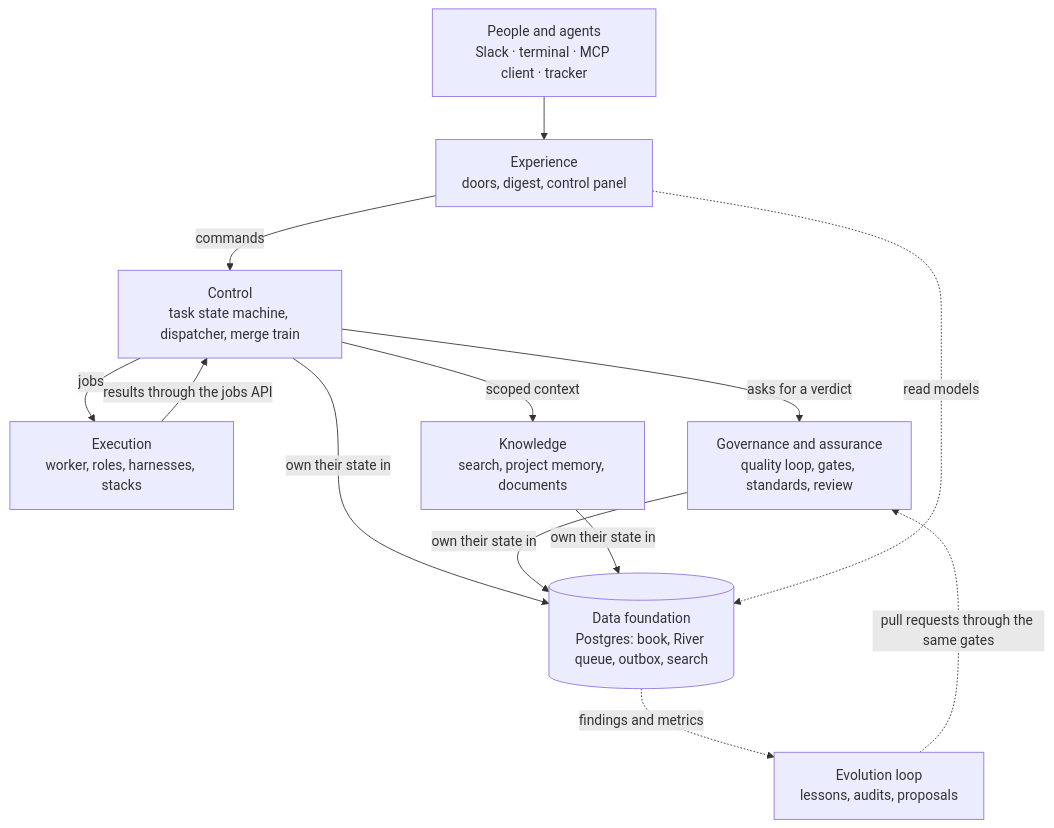
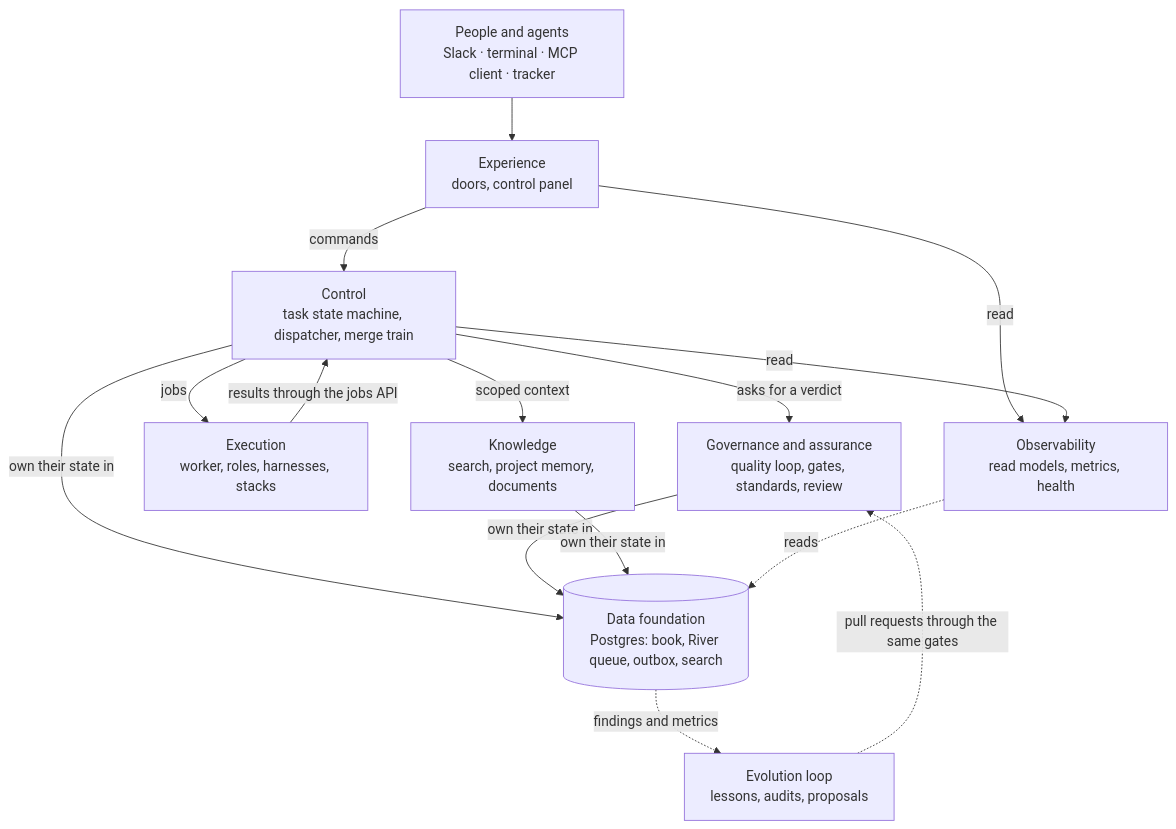
One commit to IlyaChakun/nightshift changed the diagram in docs/design.md. Above: the diagram before and after it, drawn with Mermaid. The commit also changed other lines of this file and 6 other files, not shown here.

````diff
--- a/docs/design.md
+++ b/docs/design.md
@@ -49,21 +49,23 @@
 ```mermaid
 flowchart TB
   people["People and agents<br/>Slack · terminal · MCP client · tracker"]
-  exp["Experience<br/>doors, digest, control panel"]
+  exp["Experience<br/>doors, control panel"]
+  obs["Observability<br/>read models, metrics, health"]
   ctl["Control<br/>task state machine, dispatcher, merge train"]
   exe["Execution<br/>worker, roles, harnesses, stacks"]
   kno["Knowledge<br/>search, project memory, documents"]
   asr["Governance and assurance<br/>quality loop, gates, standards, review"]
   data[("Data foundation<br/>Postgres: book, River queue, outbox, search")]
   evo["Evolution loop<br/>lessons, audits, proposals"]
   people --> exp
   exp -- commands --> ctl
   ctl -- jobs --> exe
   exe -- results through the jobs API --> ctl
   ctl -- asks for a verdict --> asr
   ctl -- scoped context --> kno
   ctl & asr & kno -- own their state in --> data
-  exp -. read models .-> data
+  exp & ctl -- read --> obs
+  obs -. reads .-> data
   data -. findings and metrics .-> evo
   evo -. pull requests through the same gates .-> asr
 ```
````
